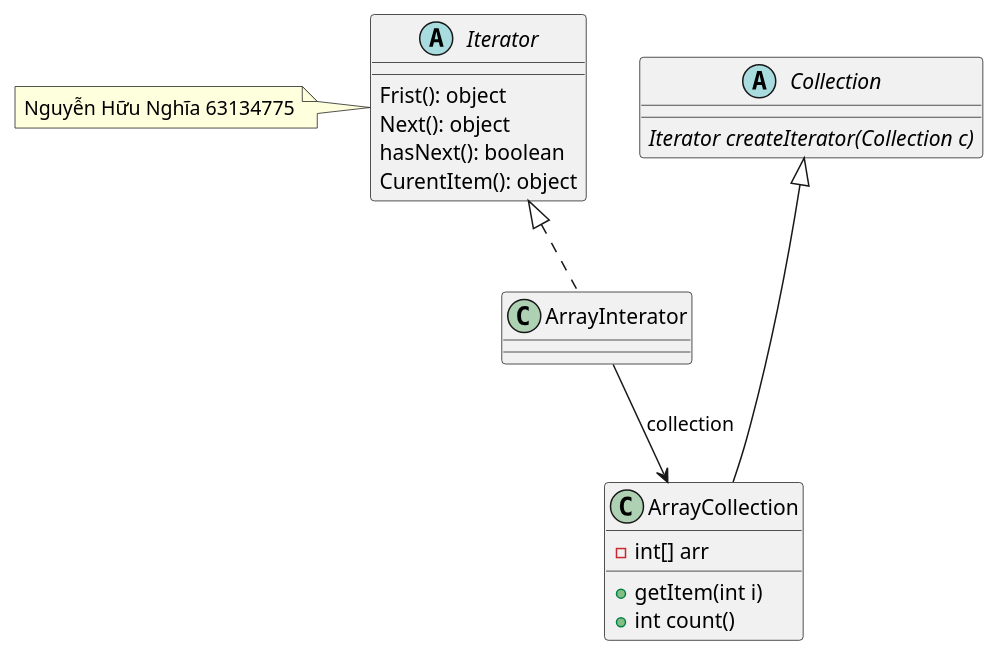
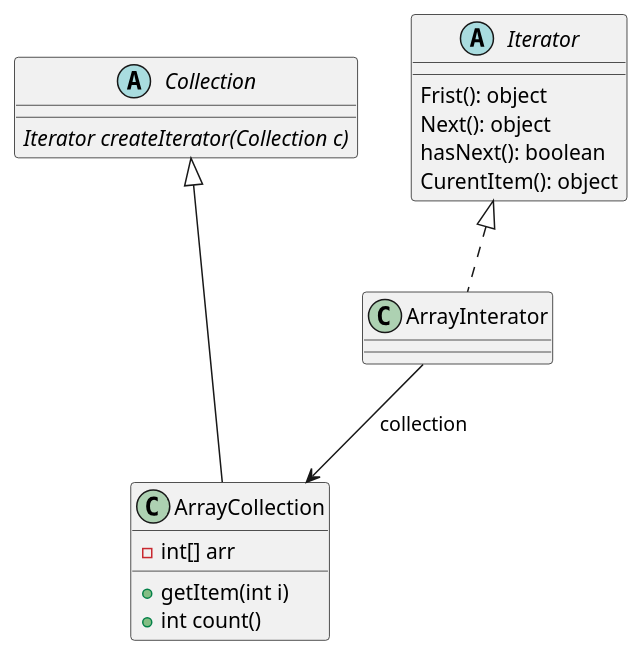
One commit to nghiahuunguyen/kientructhietke changed the diagram in kientrucvathietkephanmem/src/baitap/ce1/ce1.puml. Above: the diagram before and after it, drawn with PlantUML. The commit also changed 50 other files, not shown here.

```diff
--- a/kientrucvathietkephanmem/src/baitap/ce1/ce1.puml
+++ b/kientrucvathietkephanmem/src/baitap/ce1/ce1.puml
@@ -1,25 +1,23 @@
 @startuml
 'https://plantuml.com/class-diagram
 
 abstract class Collection{
     {abstract} Iterator createIterator(Collection c)
 }
 abstract Iterator {
     Frist(): object
     Next(): object
     hasNext(): boolean
     CurentItem(): object
 }
 class ArrayInterator
 class ArrayCollection {
    - int[] arr
    + getItem(int i)
    + int count()
 }
 Collection<|---ArrayCollection
 Iterator<|..ArrayInterator
 ArrayInterator-->ArrayCollection:collection
-note left of Iterator
-    Nguyễn Hữu Nghĩa 63134775
-end note
+
 @enduml
```
